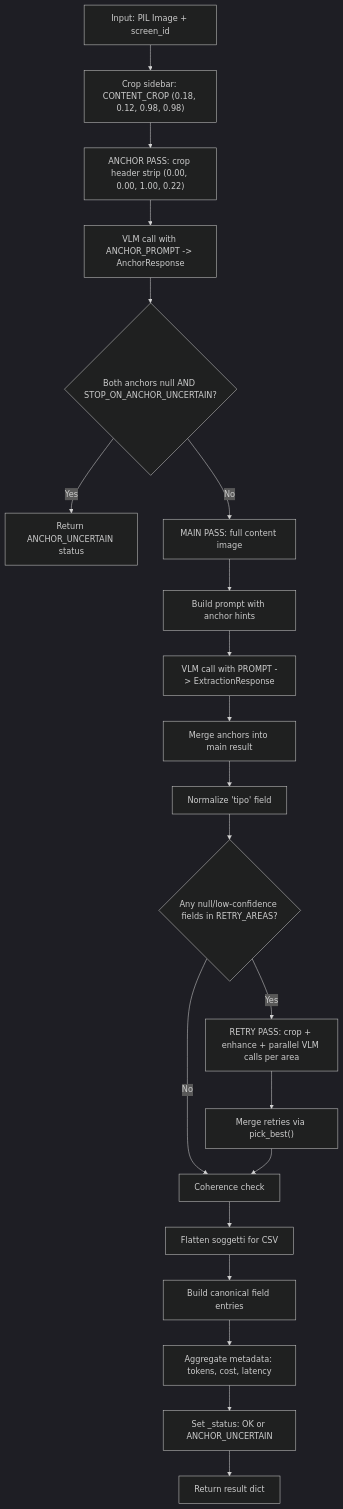
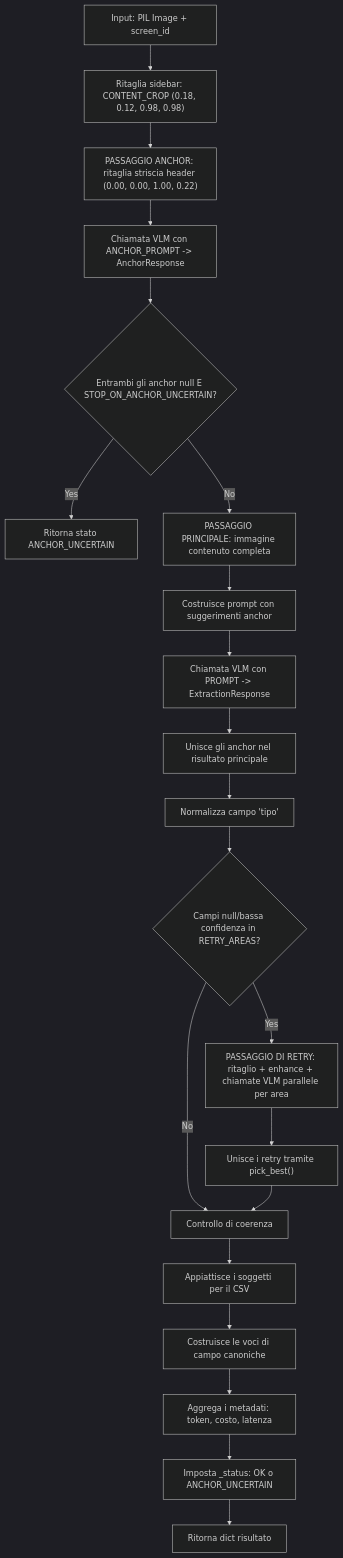
The third of 7 diagrams in docs-alfio/05-workflows.md (acaprino/MOL-BPER-OCR), drawn with Mermaid (dark theme) before and after one commit. The commit also changed other lines of this file and 13 other files, not shown here.

````diff
--- a/docs-alfio/05-workflows.md
+++ b/docs-alfio/05-workflows.md
@@ -104,23 +104,23 @@
 ```mermaid
 flowchart TD
-    A["Input: PIL Image + screen_id"] --> B["Crop sidebar: CONTENT_CROP (0.18, 0.12, 0.98, 0.98)"]
-    B --> C["ANCHOR PASS: crop header strip (0.00, 0.00, 1.00, 0.22)"]
-    C --> D["VLM call with ANCHOR_PROMPT -> AnchorResponse"]
-    D --> E{"Both anchors null AND STOP_ON_ANCHOR_UNCERTAIN?"}
-    E -- Yes --> F["Return ANCHOR_UNCERTAIN status"]
-    E -- No --> G["MAIN PASS: full content image"]
-    G --> H["Build prompt with anchor hints"]
-    H --> I["VLM call with PROMPT -> ExtractionResponse"]
-    I --> J["Merge anchors into main result"]
-    J --> K["Normalize 'tipo' field"]
-    K --> L{"Any null/low-confidence fields in RETRY_AREAS?"}
-    L -- No --> O["Coherence check"]
-    L -- Yes --> M["RETRY PASS: crop + enhance + parallel VLM calls per area"]
-    M --> N["Merge retries via pick_best()"]
+    A["Input: PIL Image + screen_id"] --> B["Ritaglia sidebar: CONTENT_CROP (0.18, 0.12, 0.98, 0.98)"]
+    B --> C["PASSAGGIO ANCHOR: ritaglia striscia header (0.00, 0.00, 1.00, 0.22)"]
+    C --> D["Chiamata VLM con ANCHOR_PROMPT -> AnchorResponse"]
+    D --> E{"Entrambi gli anchor null E STOP_ON_ANCHOR_UNCERTAIN?"}
+    E -- Yes --> F["Ritorna stato ANCHOR_UNCERTAIN"]
+    E -- No --> G["PASSAGGIO PRINCIPALE: immagine contenuto completa"]
+    G --> H["Costruisce prompt con suggerimenti anchor"]
+    H --> I["Chiamata VLM con PROMPT -> ExtractionResponse"]
+    I --> J["Unisce gli anchor nel risultato principale"]
+    J --> K["Normalizza campo 'tipo'"]
+    K --> L{"Campi null/bassa confidenza in RETRY_AREAS?"}
+    L -- No --> O["Controllo di coerenza"]
+    L -- Yes --> M["PASSAGGIO DI RETRY: ritaglio + enhance + chiamate VLM parallele per area"]
+    M --> N["Unisce i retry tramite pick_best()"]
     N --> O
-    O --> P["Flatten soggetti for CSV"]
-    P --> Q["Build canonical field entries"]
-    Q --> R["Aggregate metadata: tokens, cost, latency"]
-    R --> S["Set _status: OK or ANCHOR_UNCERTAIN"]
-    S --> T["Return result dict"]
+    O --> P["Appiattisce i soggetti per il CSV"]
+    P --> Q["Costruisce le voci di campo canoniche"]
+    Q --> R["Aggrega i metadati: token, costo, latenza"]
+    R --> S["Imposta _status: OK o ANCHOR_UNCERTAIN"]
+    S --> T["Ritorna dict risultato"]
 ```
````
